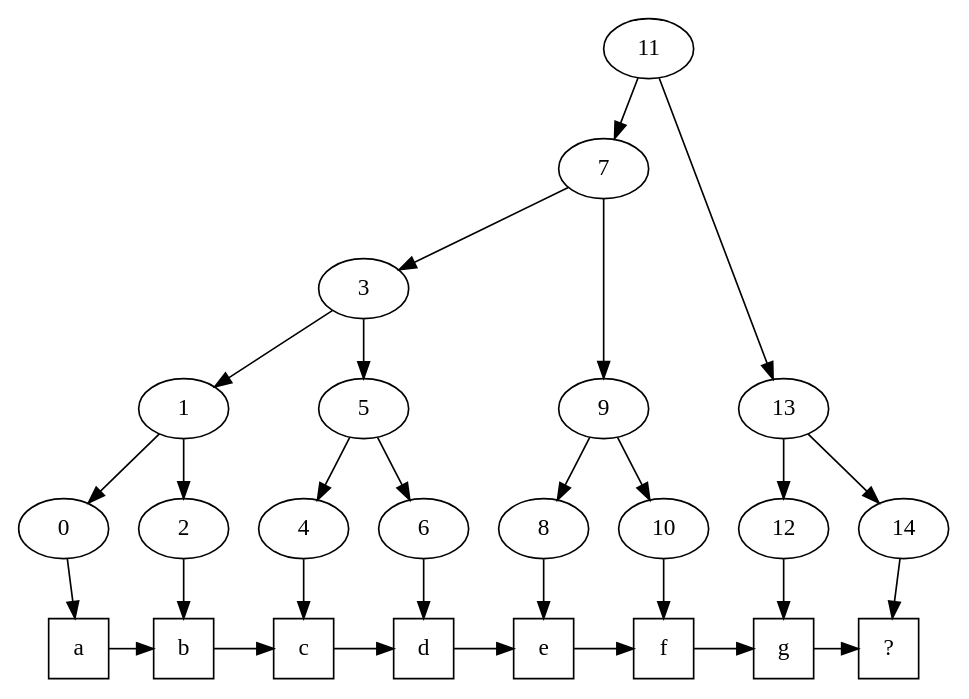
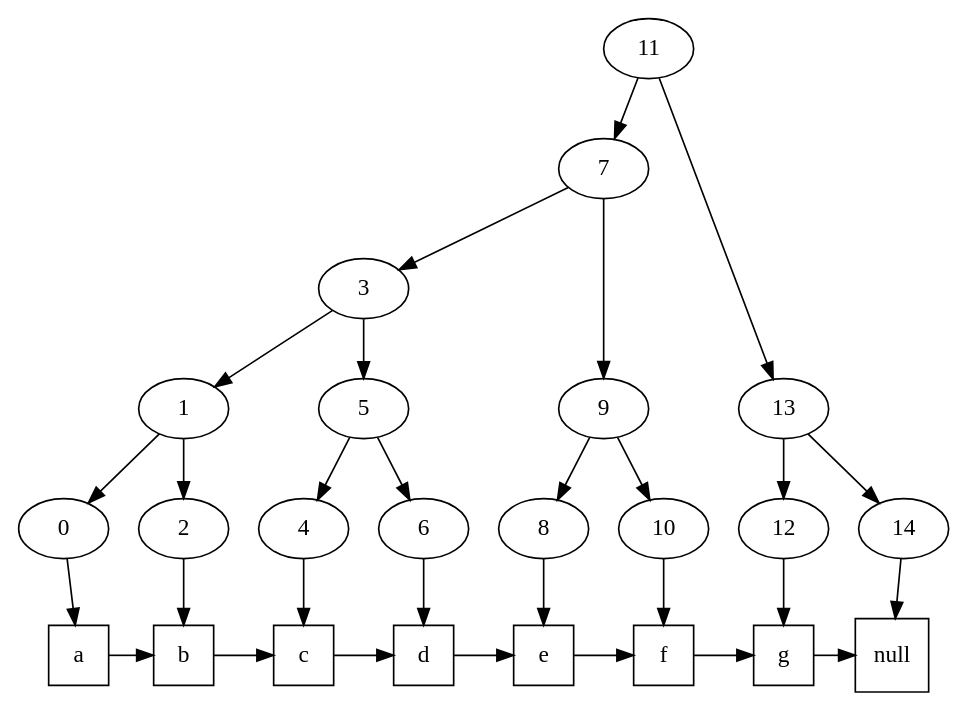
The diagram in 3.dot (kemitchell/sleep-tree-questions), drawn with Graphviz before and after one commit. The commit also changed 1 other file, not shown here.

Commit message:
Show empty data chunk as "null"

```diff
--- a/3.dot
+++ b/3.dot
@@ -1,29 +1,29 @@
 digraph {
   subgraph data {
     node[shape=square];
     rank=same;
     // Data Order
-    a -> b -> c -> d -> e -> f -> g -> "?";
+    a -> b -> c -> d -> e -> f -> g -> null;
   }
 
   subgraph index {
     // Index Tree
     11 -> {7, 13};
     13 -> {12, 14};
     7 -> {3, 9};
     9 -> {8, 10}
     3 -> {1, 5};
     1 -> {0, 2};
     5 -> {4, 6};
 
     // Index-to-Data
     0 -> a;
     2 -> b;
     4 -> c;
     6 -> d;
     8 -> e;
     10 -> f;
     12 -> g;
-    14 -> "?";
+    14 -> null;
   }
 }
```
